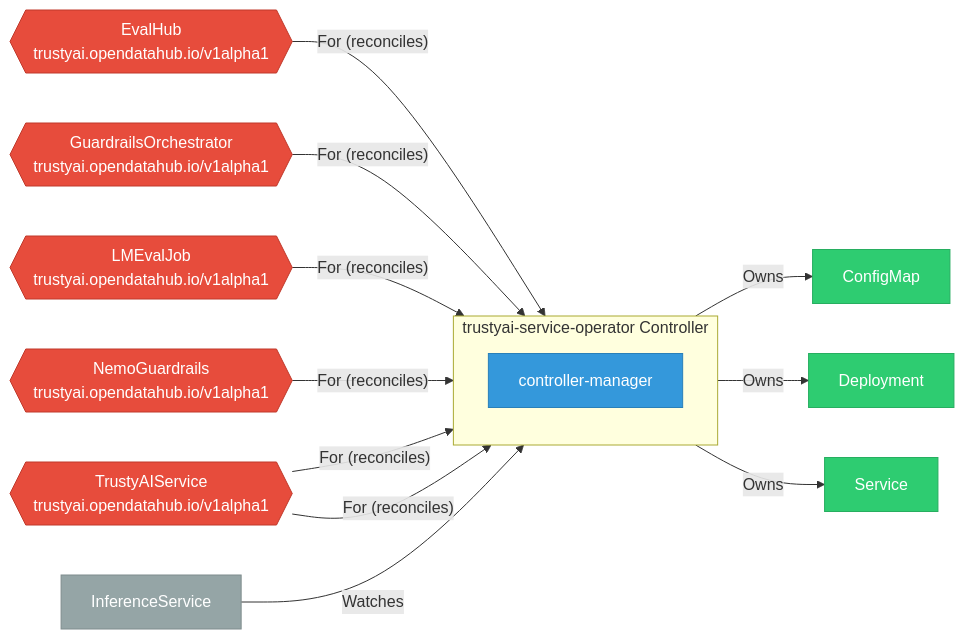
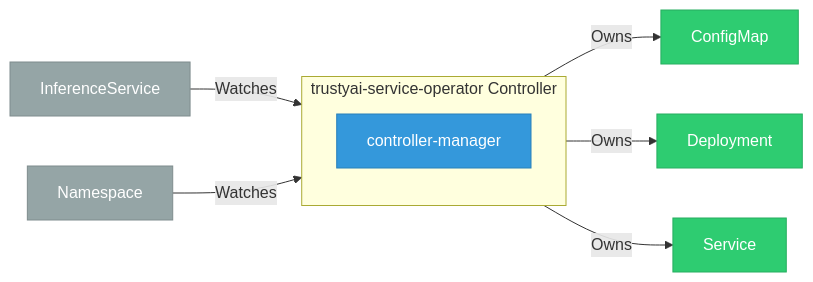
One commit to ugiordan/rhoai-architecture-analyzer changed the diagram in site/docs/rhoai-platform/components/trustyai_service_operator/index.md. Above: the diagram before and after it, drawn with Mermaid. The commit also changed other lines of this file and 228 other files, not shown here.

````diff
--- a/site/docs/rhoai-platform/components/trustyai_service_operator/index.md
+++ b/site/docs/rhoai-platform/components/trustyai_service_operator/index.md
@@ -22,42 +25,26 @@
 ```mermaid
 graph LR
     %% Component architecture for trustyai-service-operator
 
     classDef crd fill:#e74c3c,stroke:#c0392b,color:#fff
     classDef controller fill:#3498db,stroke:#2980b9,color:#fff
     classDef owned fill:#2ecc71,stroke:#27ae60,color:#fff
     classDef external fill:#95a5a6,stroke:#7f8c8d,color:#fff
     classDef dep fill:#f39c12,stroke:#e67e22,color:#fff
 
     subgraph controller["trustyai-service-operator Controller"]
         dep_1["controller-manager"]
         class dep_1 controller
     end
 
-    crd_EvalHub{{"EvalHub\ntrustyai.opendatahub.io/v1alpha1"}}
-    class crd_EvalHub crd
-    crd_EvalHub -->|"For (reconciles)"| controller
-    crd_GuardrailsOrchestrator{{"GuardrailsOrchestrator\ntrustyai.opendatahub.io/v1alpha1"}}
-    class crd_GuardrailsOrchestrator crd
-    crd_GuardrailsOrchestrator -->|"For (reconciles)"| controller
-    crd_LMEvalJob{{"LMEvalJob\ntrustyai.opendatahub.io/v1alpha1"}}
-    class crd_LMEvalJob crd
-    crd_LMEvalJob -->|"For (reconciles)"| controller
-    crd_NemoGuardrails{{"NemoGuardrails\ntrustyai.opendatahub.io/v1alpha1"}}
-    class crd_NemoGuardrails crd
-    crd_NemoGuardrails -->|"For (reconciles)"| controller
-    crd_TrustyAIService{{"TrustyAIService\ntrustyai.opendatahub.io/v1"}}
-    class crd_TrustyAIService crd
-    crd_TrustyAIService -->|"For (reconciles)"| controller
-    crd_TrustyAIService{{"TrustyAIService\ntrustyai.opendatahub.io/v1alpha1"}}
-    class crd_TrustyAIService crd
-    crd_TrustyAIService -->|"For (reconciles)"| controller
     controller -->|"Owns"| owned_2["ConfigMap"]
     class owned_2 owned
     controller -->|"Owns"| owned_3["Deployment"]
     class owned_3 owned
     controller -->|"Owns"| owned_4["Service"]
     class owned_4 owned
     watch_5["InferenceService"] -->|"Watches"| controller
     class watch_5 external
+    watch_6["Namespace"] -->|"Watches"| controller
+    class watch_6 external
 ```
````
